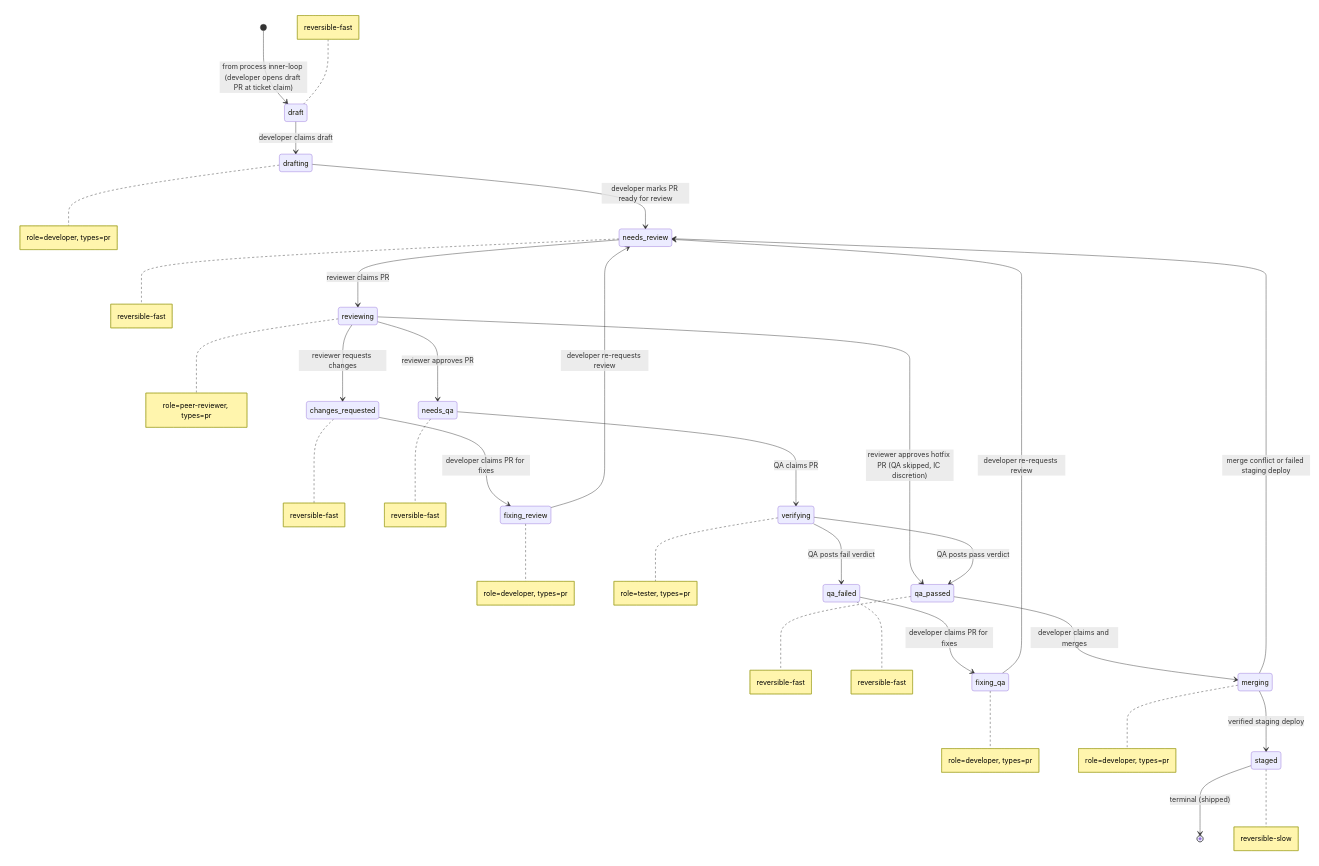
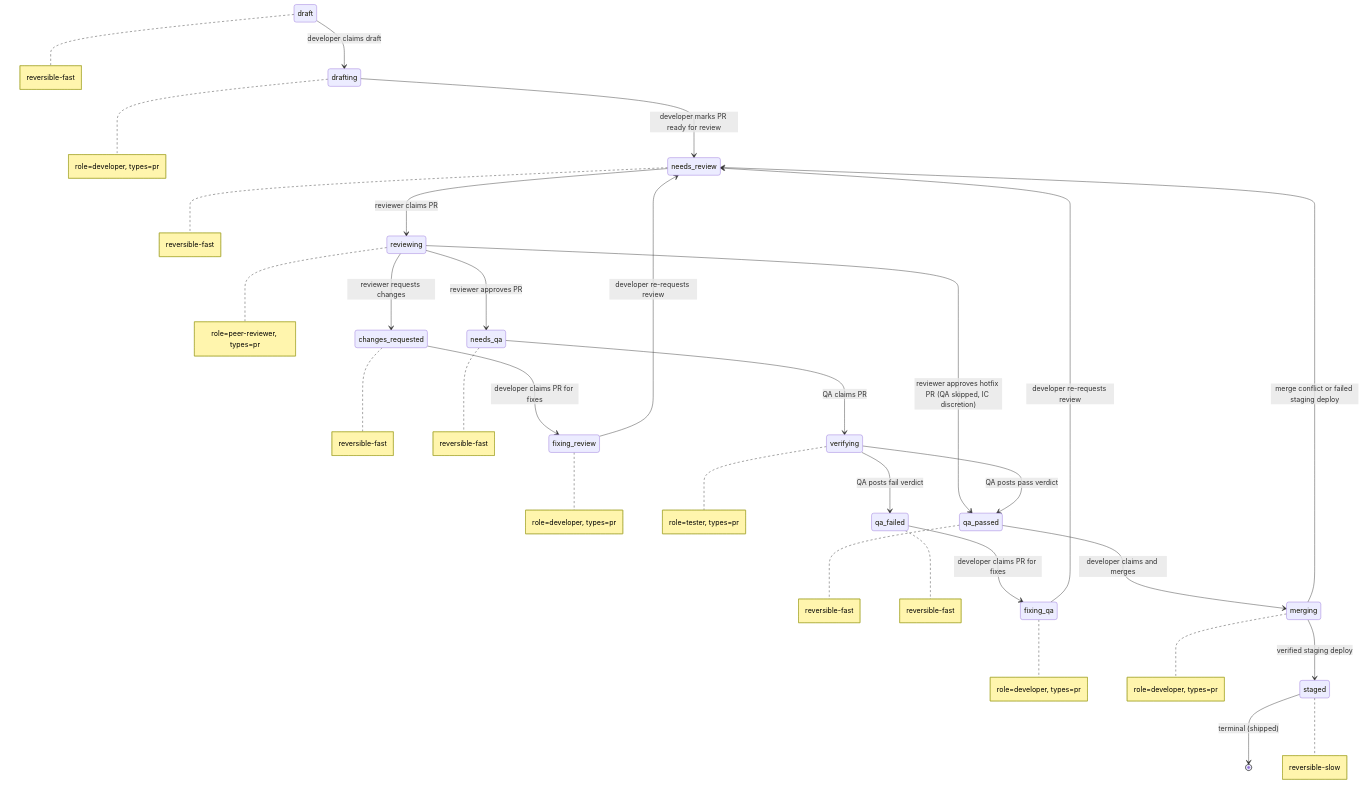
Before and after one commit to blemees/blemees-workflow: the diagram in examples/workflows/pr-states.mermaid, drawn with Mermaid. The commit also changed 47 other files, not shown here.

```diff
--- a/examples/workflows/pr-states.mermaid
+++ b/examples/workflows/pr-states.mermaid
@@ -1,37 +1,32 @@
 stateDiagram-v2
-    %% Cross-process interfaces:
-    %%   Entry (spawn ): draft from process inner-loop
-    %%
-
-    [*] --> draft: from process inner-loop (developer opens draft PR at ticket claim)
     draft --> drafting: developer claims draft
     drafting --> needs_review: developer marks PR ready for review
     needs_review --> reviewing: reviewer claims PR
     reviewing --> needs_qa: reviewer approves PR
     reviewing --> qa_passed: reviewer approves hotfix PR (QA skipped, IC discretion)
     reviewing --> changes_requested: reviewer requests changes
     changes_requested --> fixing_review: developer claims PR for fixes
     fixing_review --> needs_review: developer re-requests review
     needs_qa --> verifying: QA claims PR
     verifying --> qa_passed: QA posts pass verdict
     verifying --> qa_failed: QA posts fail verdict
     qa_failed --> fixing_qa: developer claims PR for fixes
     fixing_qa --> needs_review: developer re-requests review
     qa_passed --> merging: developer claims and merges
     merging --> staged: verified staging deploy
     merging --> needs_review: merge conflict or failed staging deploy
     staged --> [*]: terminal (shipped)
 
-    note left of draft: reversible-fast
+    note right of draft: reversible-fast
     note right of drafting: role=developer, types=pr
     note right of needs_review: reversible-fast
     note right of reviewing: role=peer-reviewer, types=pr
     note right of changes_requested: reversible-fast
     note right of fixing_review: role=developer, types=pr
     note right of needs_qa: reversible-fast
     note right of verifying: role=tester, types=pr
     note right of qa_passed: reversible-fast
     note right of qa_failed: reversible-fast
     note right of fixing_qa: role=developer, types=pr
     note right of merging: role=developer, types=pr
     note right of staged: reversible-slow
```
